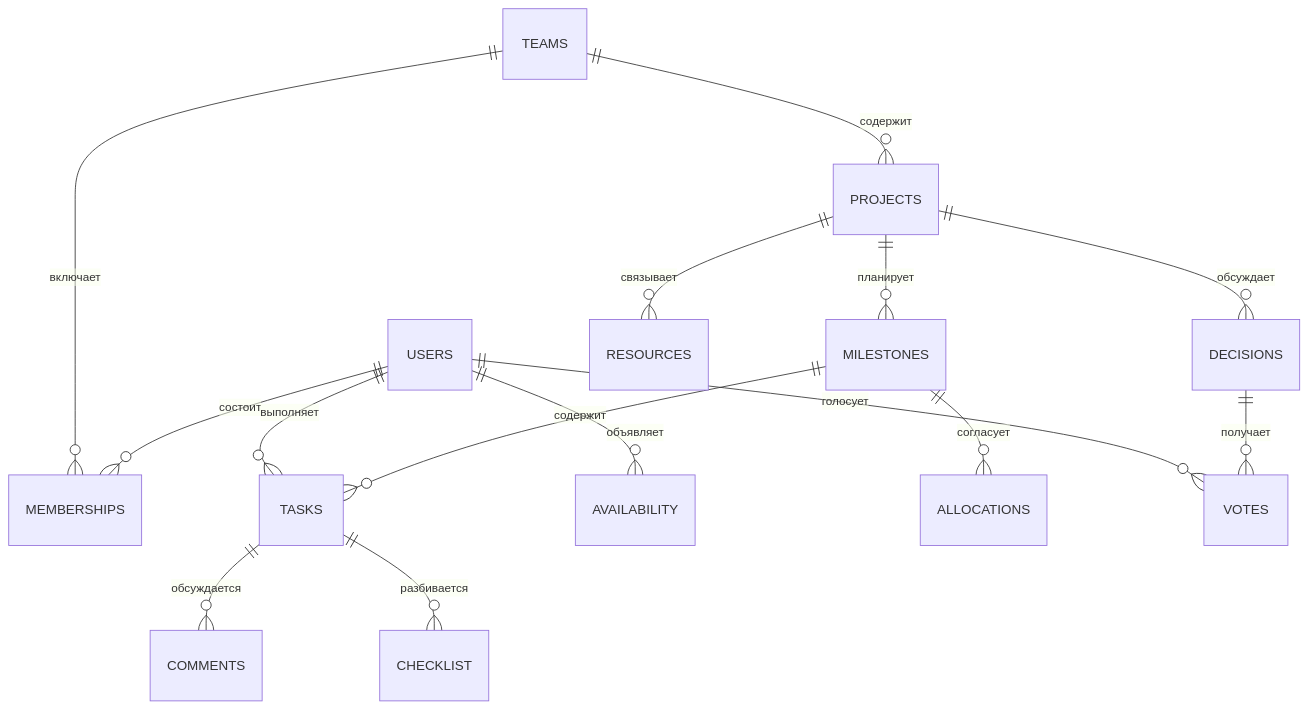
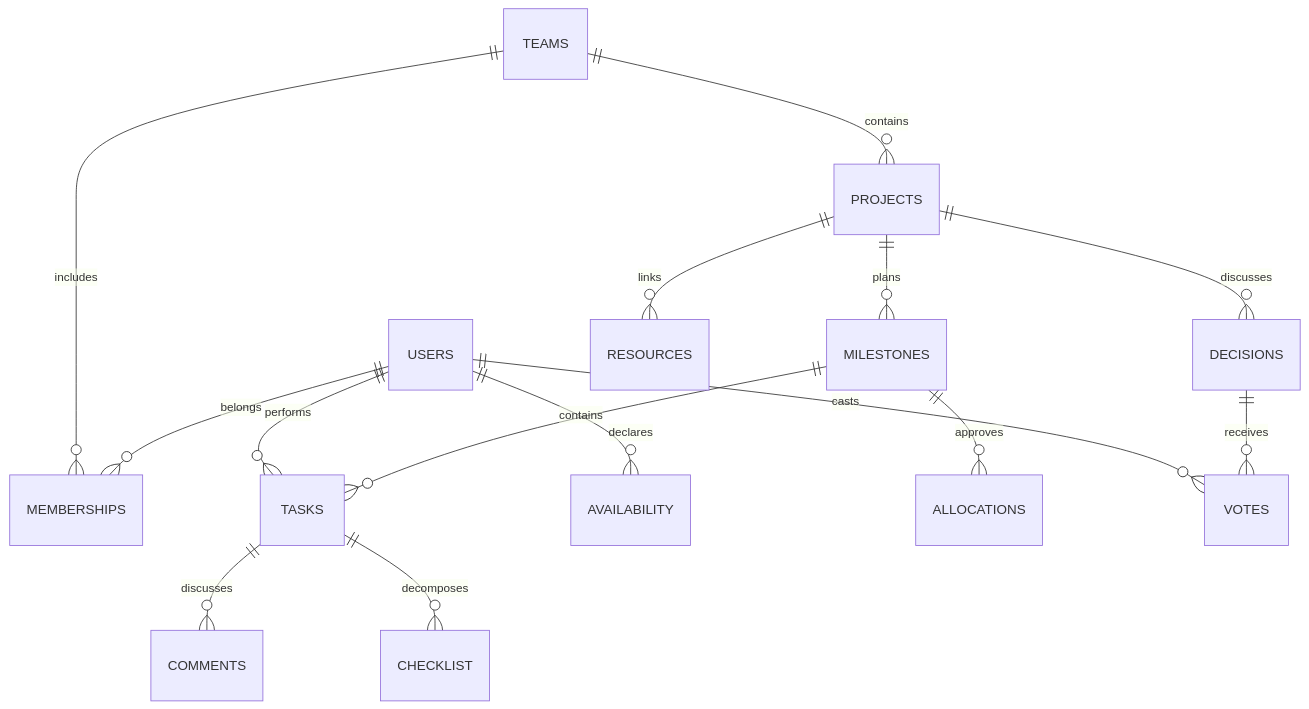
The diagram in docs/data-and-security.md (yerassylmurat07/fairshare), drawn with Mermaid before and after one commit. The commit also changed other lines of this file and 18 other files, not shown here.

````diff
--- a/docs/data-and-security.md
+++ b/docs/data-and-security.md
@@ -20,17 +20,17 @@
 ```mermaid
 erDiagram
-  USERS ||--o{ MEMBERSHIPS : состоит
-  TEAMS ||--o{ MEMBERSHIPS : включает
-  TEAMS ||--o{ PROJECTS : содержит
-  PROJECTS ||--o{ MILESTONES : планирует
-  MILESTONES ||--o{ TASKS : содержит
-  USERS ||--o{ TASKS : выполняет
-  USERS ||--o{ AVAILABILITY : объявляет
-  MILESTONES ||--o{ ALLOCATIONS : согласует
-  TASKS ||--o{ COMMENTS : обсуждается
-  TASKS ||--o{ CHECKLIST : разбивается
-  PROJECTS ||--o{ RESOURCES : связывает
-  PROJECTS ||--o{ DECISIONS : обсуждает
-  DECISIONS ||--o{ VOTES : получает
-  USERS ||--o{ VOTES : голосует
+  USERS ||--o{ MEMBERSHIPS : belongs
+  TEAMS ||--o{ MEMBERSHIPS : includes
+  TEAMS ||--o{ PROJECTS : contains
+  PROJECTS ||--o{ MILESTONES : plans
+  MILESTONES ||--o{ TASKS : contains
+  USERS ||--o{ TASKS : performs
+  USERS ||--o{ AVAILABILITY : declares
+  MILESTONES ||--o{ ALLOCATIONS : approves
+  TASKS ||--o{ COMMENTS : discusses
+  TASKS ||--o{ CHECKLIST : decomposes
+  PROJECTS ||--o{ RESOURCES : links
+  PROJECTS ||--o{ DECISIONS : discusses
+  DECISIONS ||--o{ VOTES : receives
+  USERS ||--o{ VOTES : casts
 ```
````
